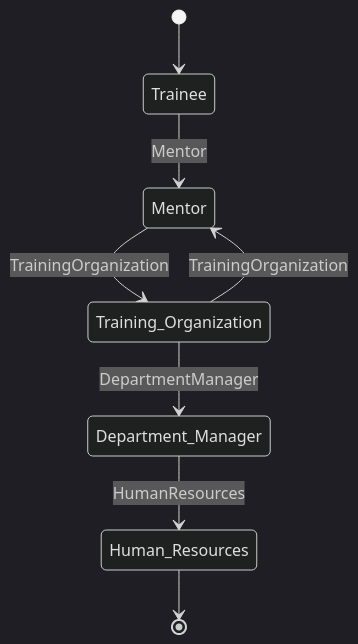
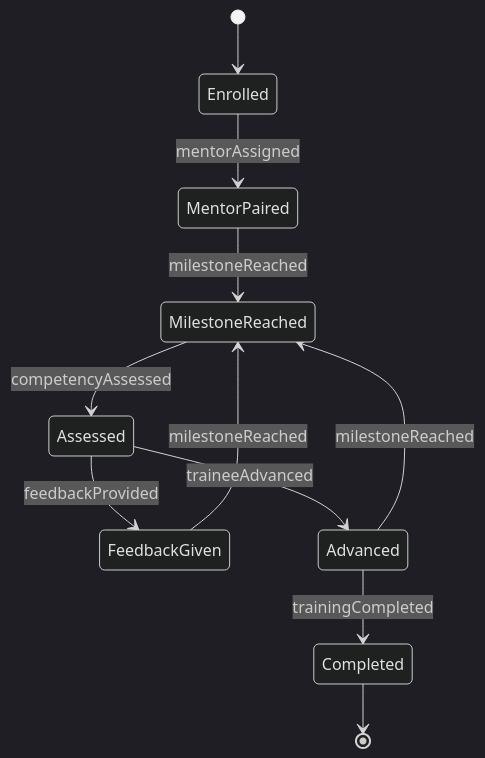
Before and after one commit to dot-org-ai/tasks.org.ai: the second of 4 diagrams in GuidingDirectingAndMotivatingSubordinates/SupervisePersonnelActivities/SuperviseTrainees.mdx, drawn with Mermaid (dark theme). The commit also changed other lines of this file and 515 other files, not shown here.

````diff
--- a/GuidingDirectingAndMotivatingSubordinates/SupervisePersonnelActivities/SuperviseTrainees.mdx
+++ b/GuidingDirectingAndMotivatingSubordinates/SupervisePersonnelActivities/SuperviseTrainees.mdx
@@ -100,10 +98,13 @@
 ```mermaid
 stateDiagram-v2
-    [*] --> Trainee
-    Trainee --> Mentor: Mentor
-    Mentor --> Training_Organization: TrainingOrganization
-    Training_Organization --> Department_Manager: DepartmentManager
-    Department_Manager --> Human_Resources: HumanResources
-    Training_Organization --> Mentor: TrainingOrganization
-    Human_Resources --> [*]
+    [*] --> Enrolled
+    Enrolled --> MentorPaired : mentorAssigned
+    MentorPaired --> MilestoneReached : milestoneReached
+    MilestoneReached --> Assessed : competencyAssessed
+    Assessed --> FeedbackGiven : feedbackProvided
+    FeedbackGiven --> MilestoneReached : milestoneReached
+    Assessed --> Advanced : traineeAdvanced
+    Advanced --> MilestoneReached : milestoneReached
+    Advanced --> Completed : trainingCompleted
+    Completed --> [*]
 ```
````
